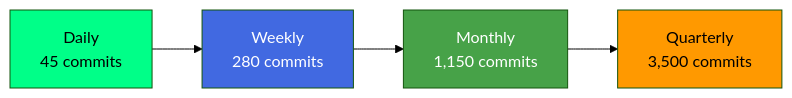
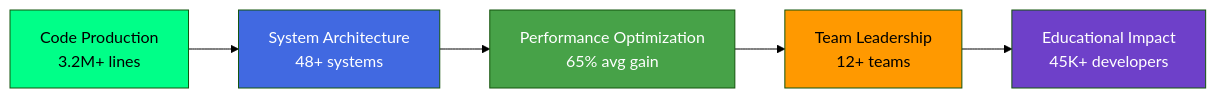
The first of 17 diagrams in README.md (mentech93/mentech93), drawn with Mermaid (forest theme) before and after one commit. The commit also changed other lines of this file, not shown here.

````diff
--- a/README.md
+++ b/README.md
@@ -111,11 +111,13 @@
 ```mermaid
 graph LR
-    A[Daily<br/>45 commits] --> B[Weekly<br/>280 commits]
-    B --> C[Monthly<br/>1,150 commits]
-    C --> D[Quarterly<br/>3,500 commits]
+    A[Code Production<br/>3.2M+ lines] --> B[System Architecture<br/>48+ systems]
+    B --> C[Performance Optimization<br/>65% avg gain]
+    C --> D[Team Leadership<br/>12+ teams]
+    D --> E[Educational Impact<br/>45K+ developers]
     
     style A fill:#00ff88,color:#000
     style B fill:#4169E1,color:#fff
     style C fill:#47A248,color:#fff
     style D fill:#FF9900,color:#000
+    style E fill:#6e40c9,color:#fff
 ```
````
